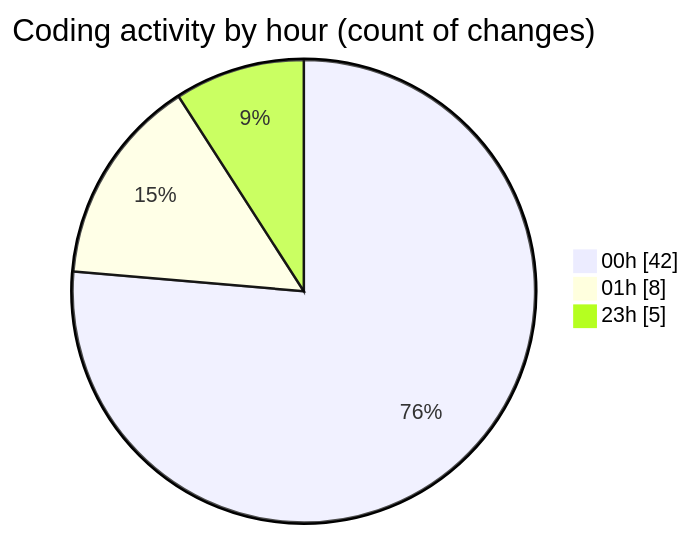
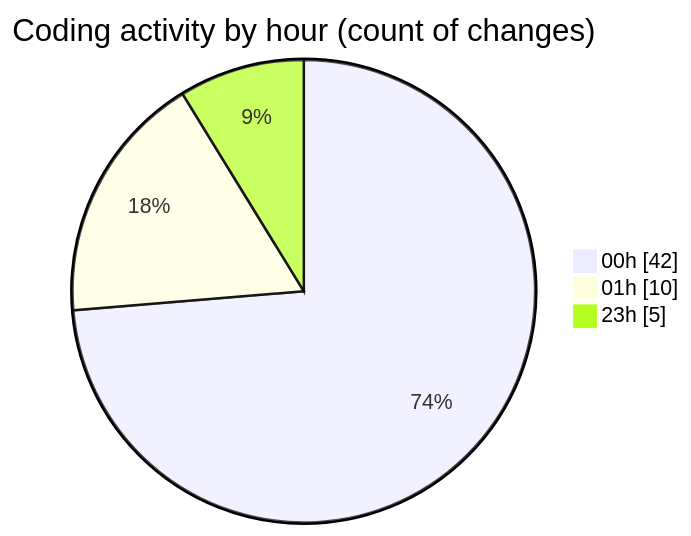
Before and after one commit to julien-gomy/code-tracking: the second of 2 diagrams in 2025-11-27/eventscop-frontend-guide__workspace_/README.md, drawn with Mermaid. The commit also changed other lines of this file and 1 other file, not shown here.

````diff
--- a/2025-11-27/eventscop-frontend-guide__workspace_/README.md
+++ b/2025-11-27/eventscop-frontend-guide__workspace_/README.md
@@ -44,7 +44,7 @@
 ```mermaid
 pie showData
 title Coding activity by hour (count of changes)
 "00h" : 42
-"01h" : 8
+"01h" : 10
 "23h" : 5
 ```
````
